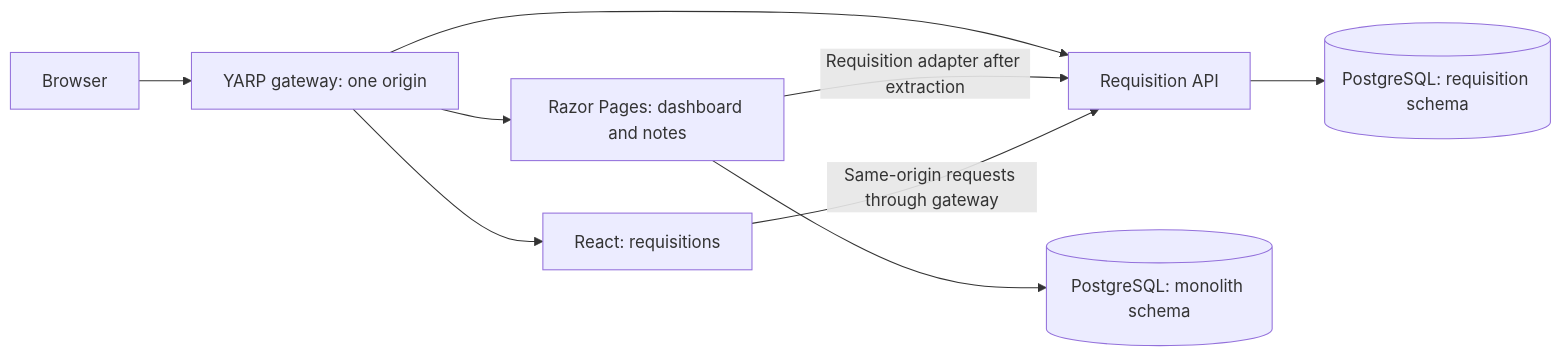
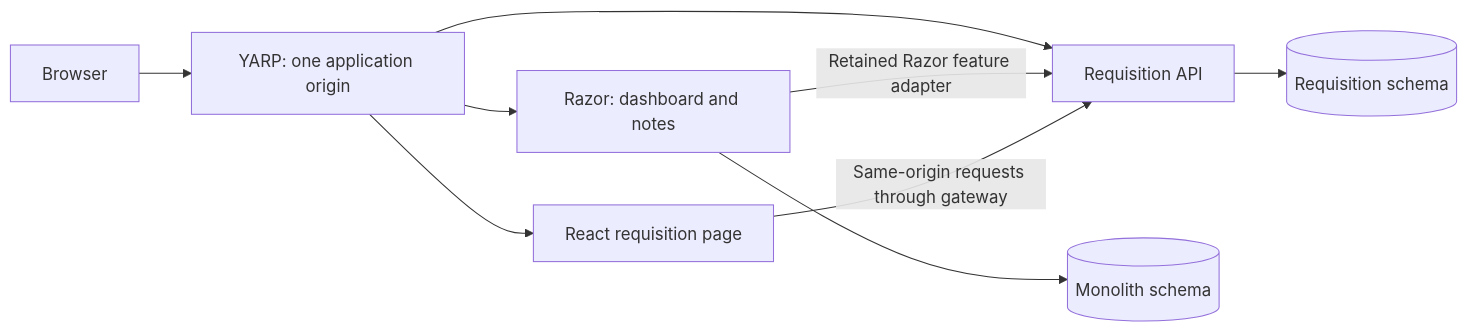
The second of 2 diagrams in README.md (junrillg/strangler-fig-razor-react), drawn with Mermaid before and after one commit. The commit also changed other lines of this file and 72 other files, not shown here.

Commit message:
feat: add durable Razor Pages requisition monolith

````diff
--- a/README.md
+++ b/README.md
@@ -7,11 +70,11 @@
 ```mermaid
 flowchart LR
-    Browser[Browser] --> Gateway[YARP gateway: one origin]
-    Gateway --> Legacy[Razor Pages: dashboard and notes]
-    Gateway --> React[React: requisitions]
+    Browser[Browser] --> Gateway[YARP: one application origin]
+    Gateway --> Monolith[Razor: dashboard and notes]
+    Gateway --> UI[React requisition page]
     Gateway --> API[Requisition API]
-    Legacy -->|Requisition adapter after extraction| API
-    Legacy --> LegacyData[(PostgreSQL: monolith schema)]
-    React -->|Same-origin requests through gateway| API
-    API --> FeatureData[(PostgreSQL: requisition schema)]
+    Monolith -->|Retained Razor feature adapter| API
+    UI -->|Same-origin requests through gateway| API
+    Monolith --> LegacyData[(Monolith schema)]
+    API --> FeatureData[(Requisition schema)]
 ```
````
